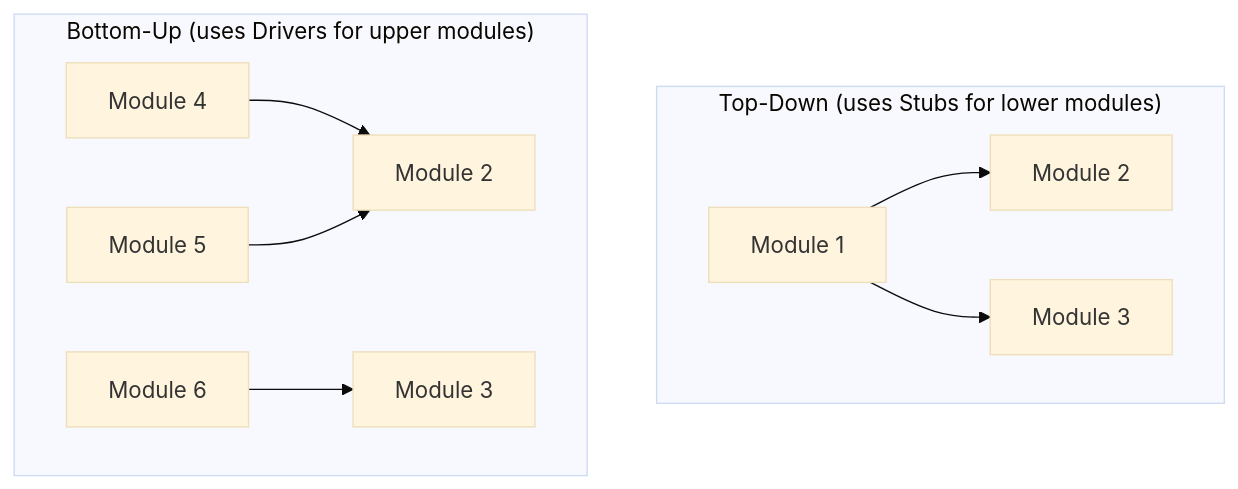
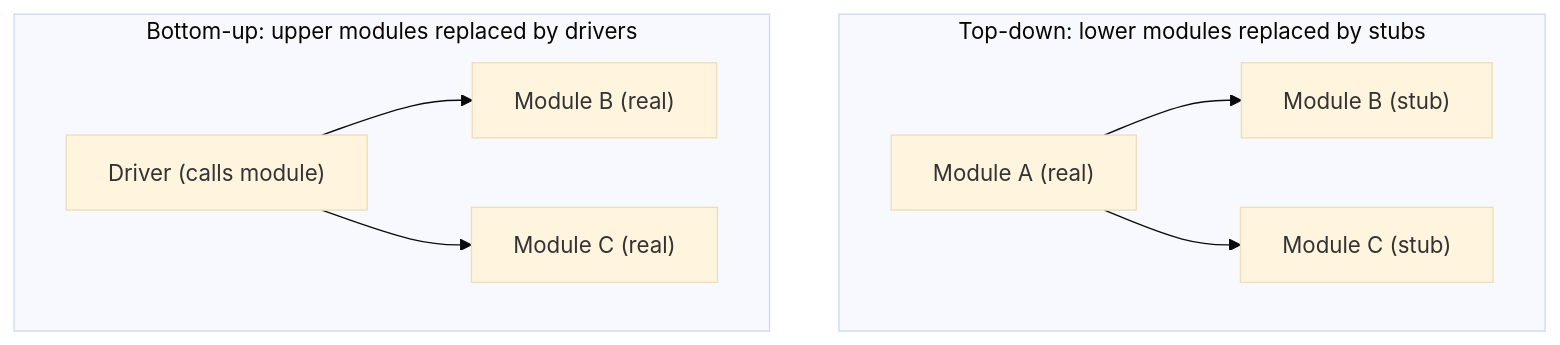
Before and after one commit to Ajay120503/ST_Notes: the eighth of 12 diagrams in README.md, drawn with Mermaid (base theme). The commit also changed other lines of this file, not shown here.

````diff
--- a/README.md
+++ b/README.md
@@ -304,12 +392,11 @@
 ```mermaid
 flowchart TD
-    subgraph "Top-Down (uses Stubs for lower modules)"
-    M1[Module 1] --> M2[Module 2]
-    M1 --> M3[Module 3]
+    subgraph TD1["Top-down: lower modules replaced by stubs"]
+    A1["Module A (real)"] --> B1["Module B (stub)"]
+    A1 --> C1["Module C (stub)"]
     end
-    subgraph "Bottom-Up (uses Drivers for upper modules)"
-    M4[Module 4] --> M2b[Module 2]
-    M5[Module 5] --> M2b
-    M6[Module 6] --> M3b[Module 3]
+    subgraph BU1["Bottom-up: upper modules replaced by drivers"]
+    DR["Driver (calls module)"] --> B2["Module B (real)"]
+    DR --> C2["Module C (real)"]
     end
 ```
````
